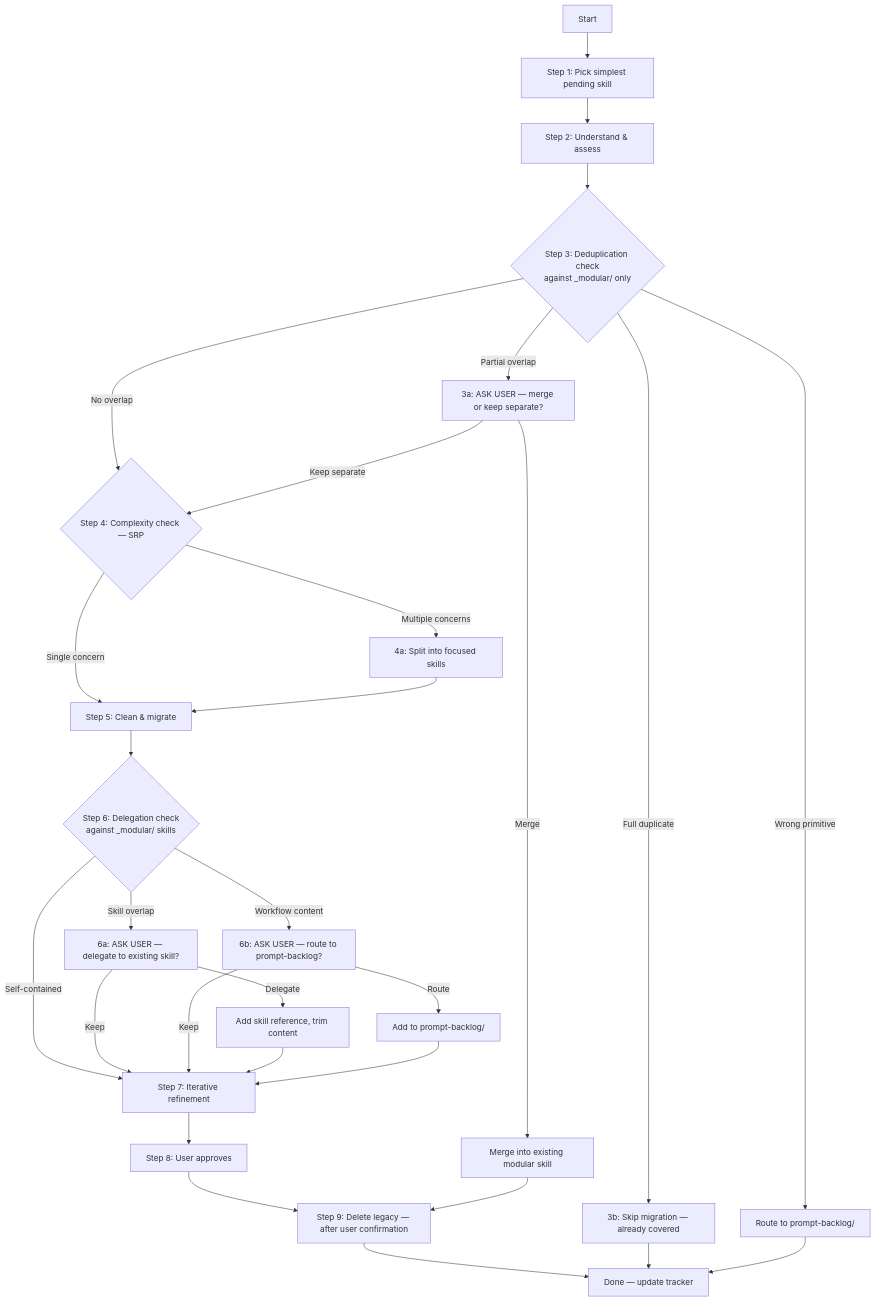
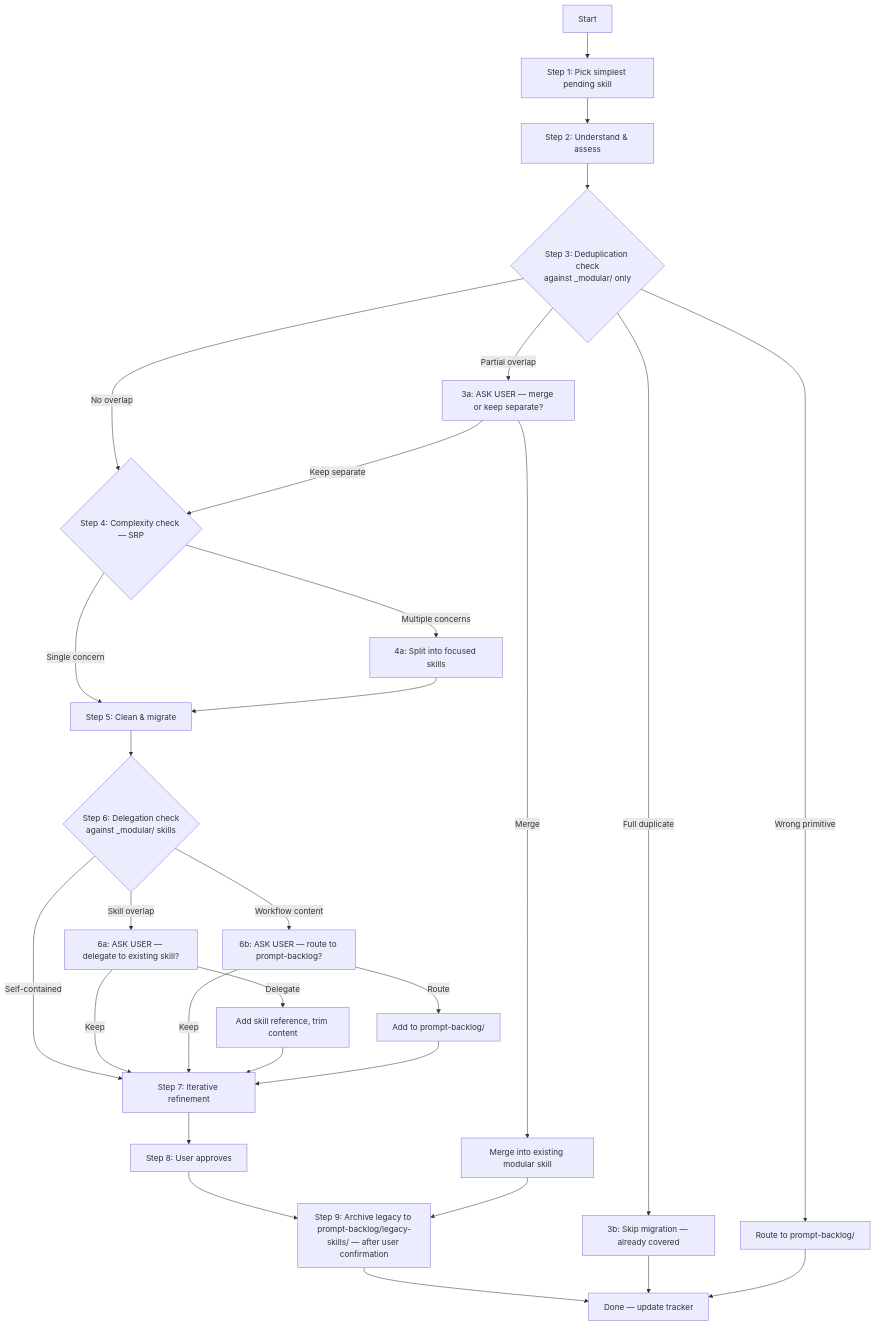
The diagram in .github/prompts/meta/migrate-skill.prompt.md (saharshpoddarorg/learning-assistant), drawn with Mermaid before and after one commit. The commit also changed other lines of this file, not shown here.

First line of the commit message:
docs(prompts): Update migrate-skill Step 9 to archive instead of delete

````diff
--- a/.github/prompts/meta/migrate-skill.prompt.md
+++ b/.github/prompts/meta/migrate-skill.prompt.md
@@ -40,31 +40,31 @@
 ```mermaid
 flowchart TD
     A[Start] --> B[Step 1: Pick simplest pending skill]
     B --> C[Step 2: Understand & assess]
     C --> D{Step 3: Deduplication check<br/>against _modular/ only}
     D -->|No overlap| E{Step 4: Complexity check — SRP}
     D -->|Partial overlap| F[3a: ASK USER — merge or keep separate?]
     D -->|Full duplicate| G[3b: Skip migration — already covered]
     D -->|Wrong primitive| W[Route to prompt-backlog/]
     F -->|Merge| H[Merge into existing modular skill]
     F -->|Keep separate| E
     E -->|Single concern| I[Step 5: Clean & migrate]
     E -->|Multiple concerns| J[4a: Split into focused skills]
     J --> I
     I --> K{Step 6: Delegation check<br/>against _modular/ skills}
     K -->|Skill overlap| L[6a: ASK USER — delegate to existing skill?]
     K -->|Workflow content| X[6b: ASK USER — route to prompt-backlog?]
     K -->|Self-contained| M[Step 7: Iterative refinement]
     L -->|Delegate| N[Add skill reference, trim content]
     L -->|Keep| M
     X -->|Route| Y[Add to prompt-backlog/]
     X -->|Keep| M
     N --> M
     Y --> M
     M --> O[Step 8: User approves]
-    O --> P[Step 9: Delete legacy — after user confirmation]
+    O --> P[Step 9: Archive legacy to prompt-backlog/legacy-skills/ — after user confirmation]
     P --> Q[Done — update tracker]
     G --> Q
     W --> Q
     H --> P
 ```
````
